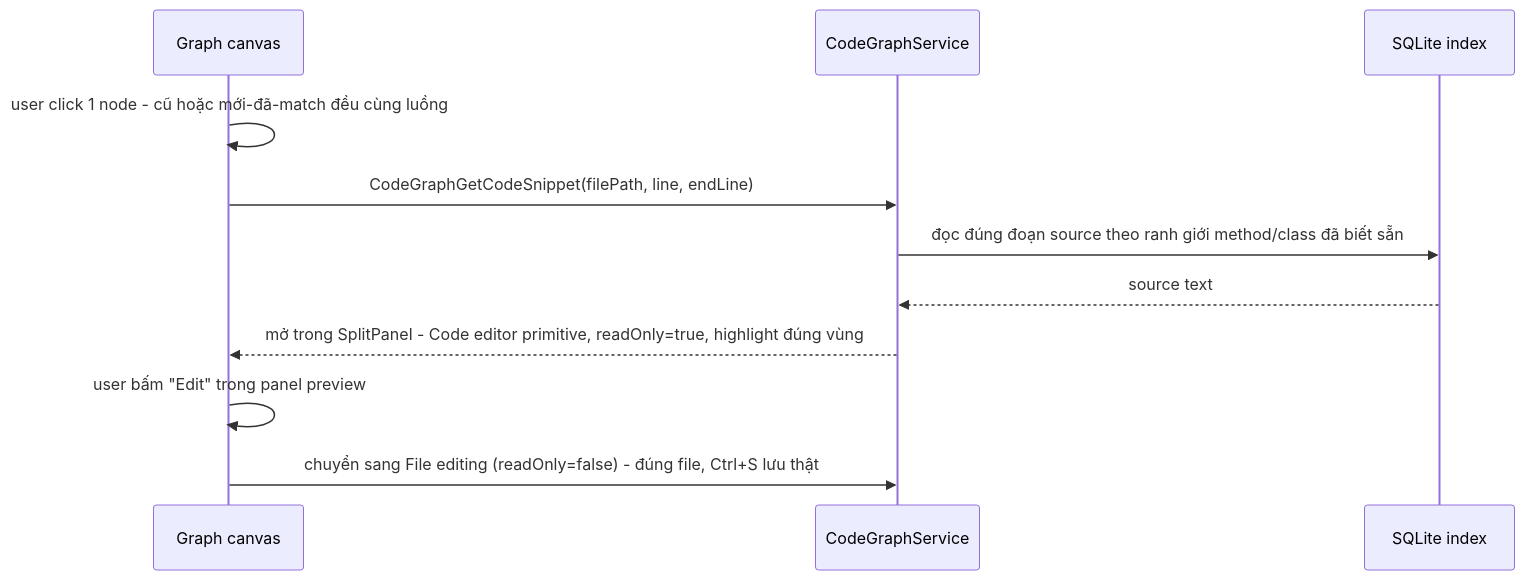
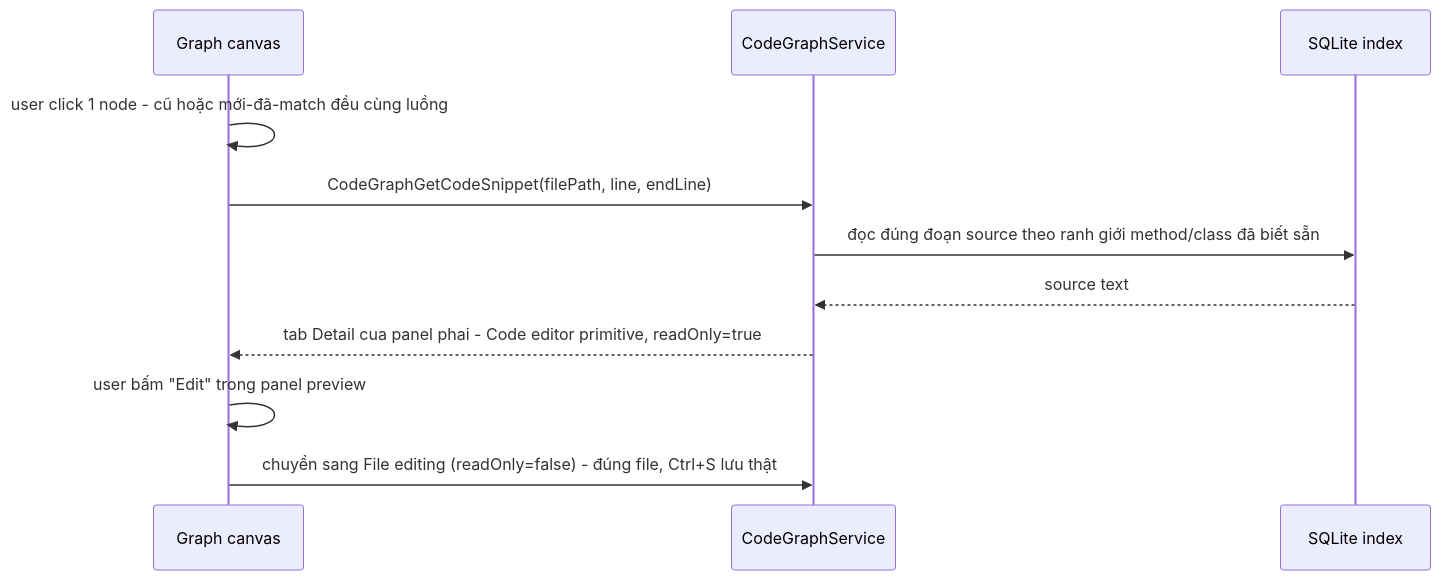
One commit to syurodev/base changed the seventh of 10 diagrams in content/projects/dev-kit/codegraph.mdx. Above: the diagram before and after it, drawn with Mermaid. The commit also changed other lines of this file and 1 other file, not shown here.

````diff
--- a/content/projects/dev-kit/codegraph.mdx
+++ b/content/projects/dev-kit/codegraph.mdx
@@ -407,15 +409,15 @@
 ```mermaid
 sequenceDiagram
   participant UI as Graph canvas
   participant Svc as CodeGraphService
   participant DB as SQLite index
 
   UI->>UI: user click 1 node - cũ hoặc mới-đã-match đều cùng luồng
   UI->>Svc: CodeGraphGetCodeSnippet(filePath, line, endLine)
   Svc->>DB: đọc đúng đoạn source theo ranh giới method/class đã biết sẵn
   DB-->>Svc: source text
-  Svc-->>UI: mở trong SplitPanel - Code editor primitive, readOnly=true, highlight đúng vùng
+  Svc-->>UI: tab Detail cua panel phai - Code editor primitive, readOnly=true
 
   UI->>UI: user bấm "Edit" trong panel preview
   UI->>Svc: chuyển sang File editing (readOnly=false) - đúng file, Ctrl+S lưu thật
 ```
````
